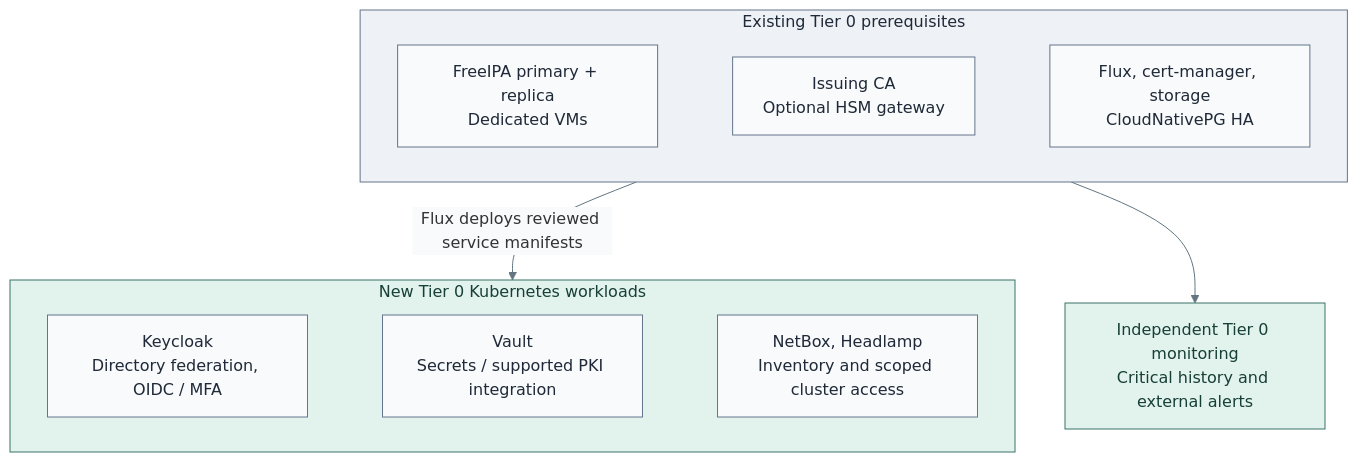
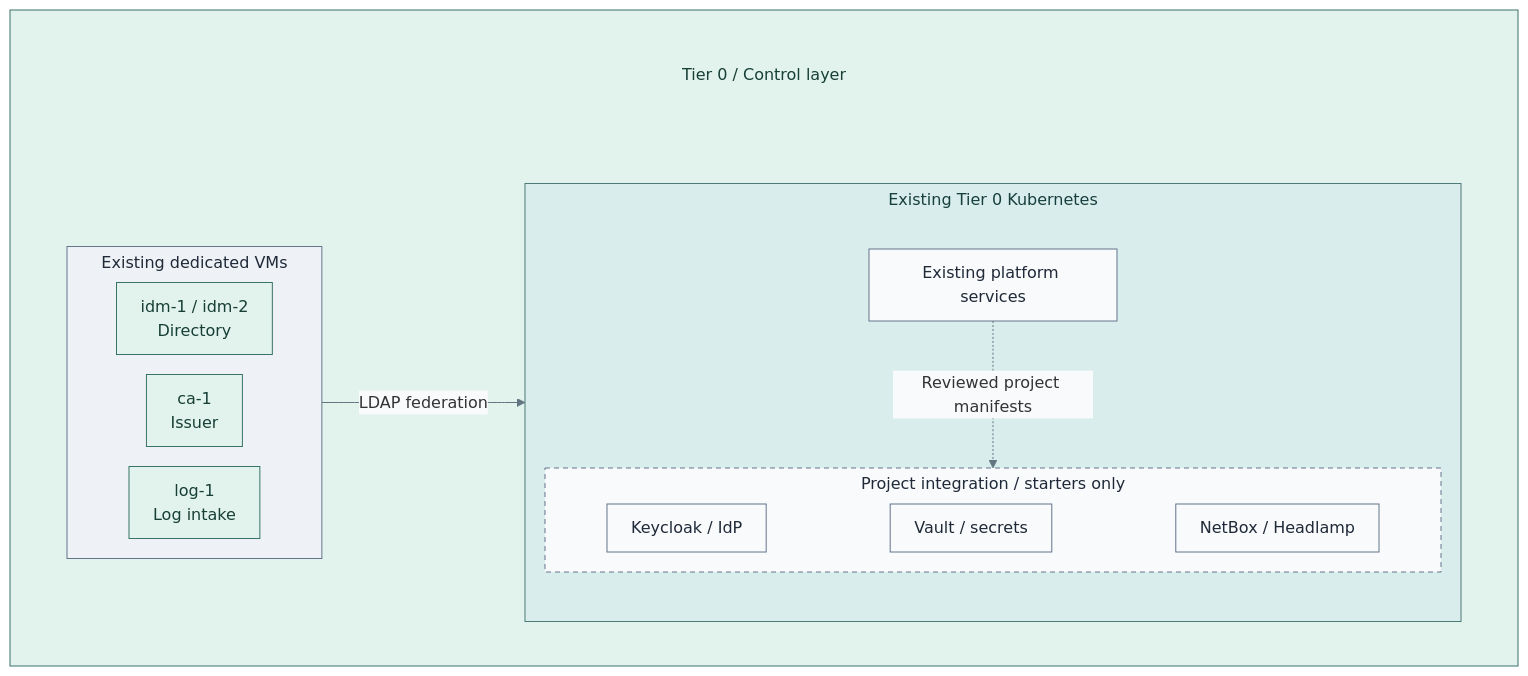
The diagram in docs/deployment/stage-4-control-services/README.md (Rexus/homelab), drawn with Mermaid before and after one commit. The commit also changed other lines of this file and 60 other files, not shown here.

Commit message:
docs(diagrams): align architecture and deployment views with IaC

````diff
--- a/docs/deployment/stage-4-control-services/README.md
+++ b/docs/deployment/stage-4-control-services/README.md
@@ -21,25 +21,41 @@
 ```mermaid
-%%{init: {"theme":"base","themeVariables":{"lineColor":"#627581","edgeLabelBackground":"#f8fafc"}}}%%
+%%{init: {"theme":"base","flowchart":{"nodeSpacing":20,"rankSpacing":24,"padding":12,"subGraphTitleMargin":{"top":4,"bottom":12}},"themeVariables":{"lineColor":"#627581","edgeLabelBackground":"#f8fafc"}}}%%
 flowchart TB
-  subgraph Existing["Existing Tier 0 prerequisites"]
-    direction LR
-    Directory["FreeIPA primary + replica<br/>Dedicated VMs"]
-    Issuer["Issuing CA<br/>Optional HSM gateway"]
-    Base["Flux, cert-manager, storage<br/>CloudNativePG HA"]
-    Directory ~~~ Issuer ~~~ Base
+  subgraph T0[" "]
+    direction TB
+    T0Title["Tier 0 / Control layer"]
+    subgraph Placement[" "]
+      direction LR
+      subgraph Existing["Existing dedicated VMs"]
+        Directory["idm-1 / idm-2<br/>Directory"]
+        Issuer["ca-1<br/>Issuer"]
+        Log["log-1<br/>Log intake"]
+      end
+      subgraph Cluster["Existing Tier 0 Kubernetes"]
+        direction TB
+        Base["Existing platform services"]
+        subgraph Added["Project integration / starters only"]
+          direction LR
+          Keycloak["Keycloak / IdP"]
+          Vault["Vault / secrets"]
+          Ops["NetBox / Headlamp"]
+          Keycloak ~~~ Vault ~~~ Ops
+        end
+        Base -. Reviewed project manifests .-> Added
+      end
+      Existing -->|LDAP federation| Cluster
+    end
+    T0Title ~~~ Placement
   end
-  subgraph Added["New Tier 0 Kubernetes workloads"]
-    direction LR
-    Keycloak["Keycloak<br/>Directory federation, OIDC / MFA"]
-    Vault["Vault<br/>Secrets / supported PKI integration"]
-    Ops["NetBox, Headlamp<br/>Inventory and scoped cluster access"]
-    Keycloak ~~~ Vault ~~~ Ops
-  end
-  Existing -->|Flux deploys reviewed service manifests| Added
-  Existing --> Monitoring["Independent Tier 0 monitoring<br/>Critical history and external alerts"]
   classDef default fill:#f8fafc,stroke:#64748b,color:#1f2937
   classDef boundary fill:#eef2f6,stroke:#64748b,color:#1f2937
   classDef control fill:#e2f3ed,stroke:#397366,color:#173f36
+  classDef controlHeading fill:#e2f3ed,stroke:#e2f3ed,color:#173f36
+  classDef runtime fill:#d9eeec,stroke:#4d7b77,color:#173f3e
+  classDef replicas fill:#f8fafc,stroke:#64748b,color:#1f2937,stroke-dasharray:5 4
   class Existing boundary
-  class Added,Monitoring control
+  class T0,Directory,Issuer,Log control
+  class T0Title,Placement controlHeading
+  class Cluster runtime
+  class Added replicas
 ```
````
